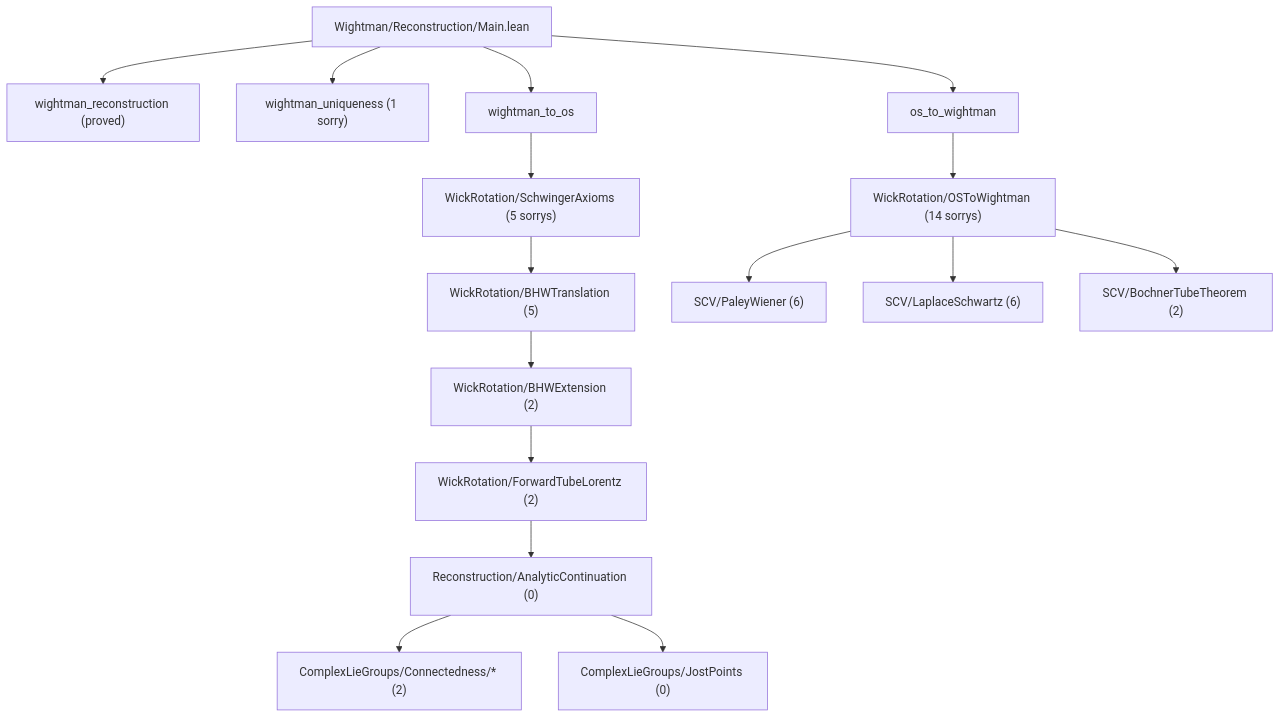
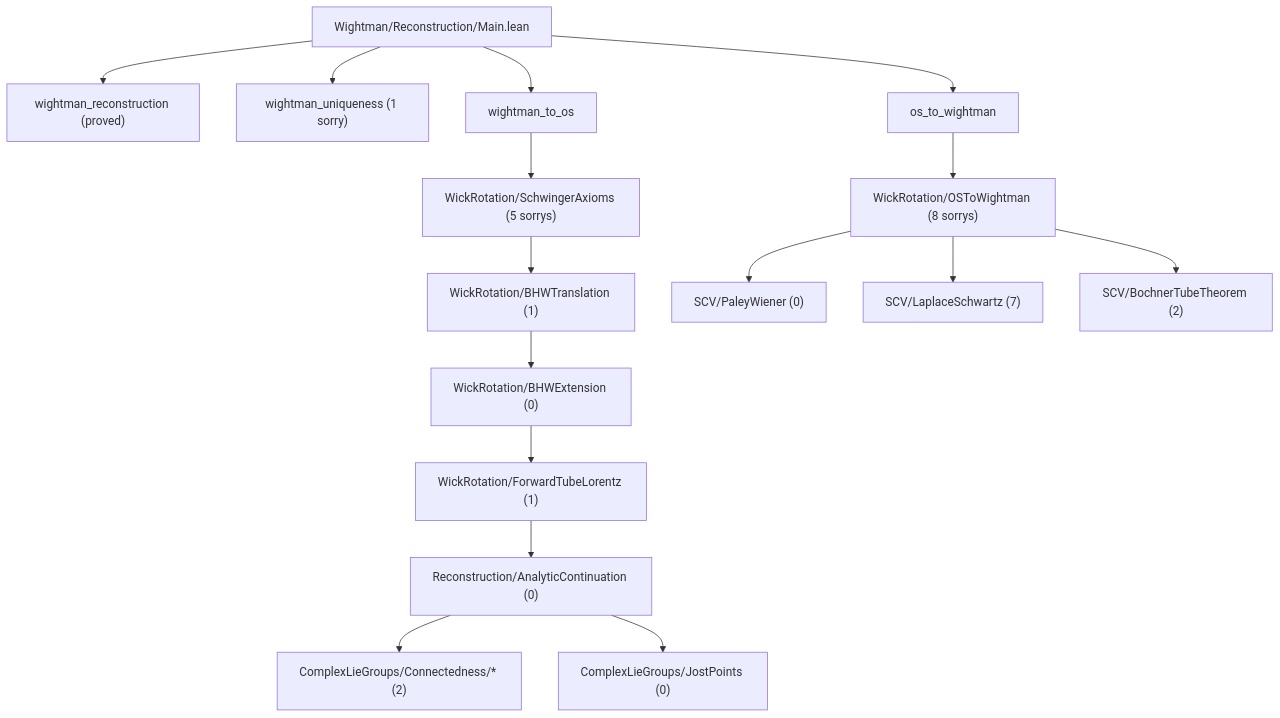
The diagram in README.md (xiyin137/OSreconstruction), drawn with Mermaid before and after one commit. The commit also changed other lines of this file and 7 other files, not shown here.

First line of the commit message:
Close all PaleyWiener sorrys and refactor OSToWightman continuation chain

````diff
--- a/README.md
+++ b/README.md
@@ -56,21 +56,21 @@
 ```mermaid
 flowchart TD
   M["Wightman/Reconstruction/Main.lean"]
   M --> WR["wightman_reconstruction (proved)"]
   M --> WU["wightman_uniqueness (1 sorry)"]
   M --> RE["wightman_to_os"]
   M --> ER["os_to_wightman"]
 
   RE --> SA["WickRotation/SchwingerAxioms (5 sorrys)"]
-  SA --> BT["WickRotation/BHWTranslation (5)"]
-  BT --> BE["WickRotation/BHWExtension (2)"]
-  BE --> FL["WickRotation/ForwardTubeLorentz (2)"]
+  SA --> BT["WickRotation/BHWTranslation (1)"]
+  BT --> BE["WickRotation/BHWExtension (0)"]
+  BE --> FL["WickRotation/ForwardTubeLorentz (1)"]
   FL --> AC["Reconstruction/AnalyticContinuation (0)"]
   AC --> CL["ComplexLieGroups/Connectedness/* (2)"]
   AC --> JP["ComplexLieGroups/JostPoints (0)"]
 
-  ER --> OW["WickRotation/OSToWightman (14 sorrys)"]
-  OW --> PW["SCV/PaleyWiener (6)"]
-  OW --> LS["SCV/LaplaceSchwartz (6)"]
+  ER --> OW["WickRotation/OSToWightman (8 sorrys)"]
+  OW --> PW["SCV/PaleyWiener (0)"]
+  OW --> LS["SCV/LaplaceSchwartz (7)"]
   OW --> BO["SCV/BochnerTubeTheorem (2)"]
 ```
````
